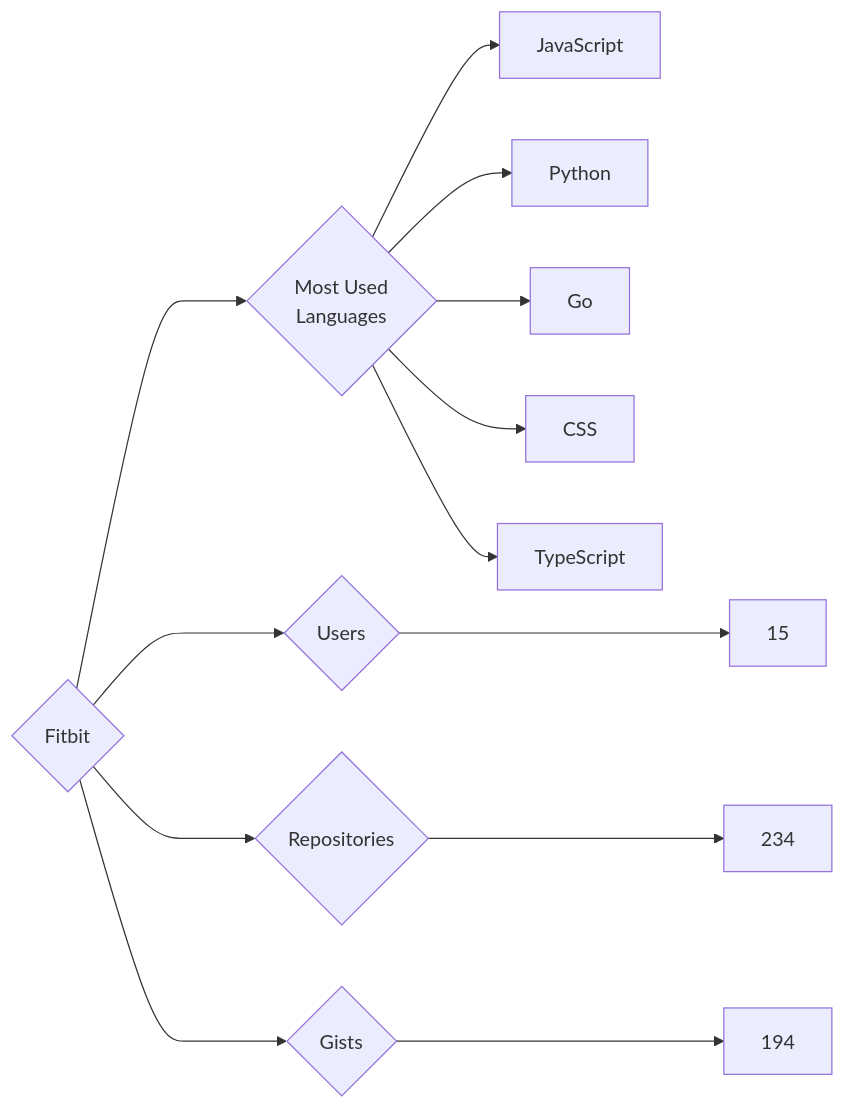
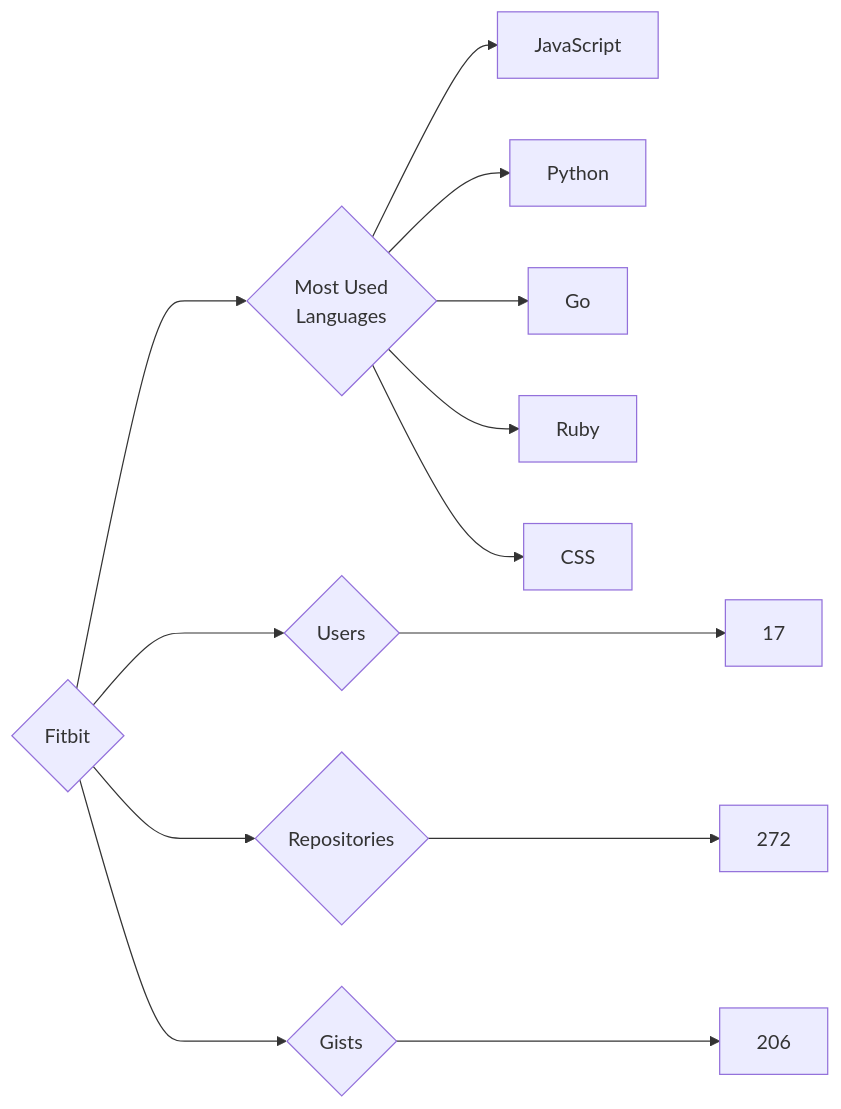
The diagram in targets/Fitbit/README.md (trickest/insiders), drawn with Mermaid before and after one commit. The commit also changed 925 other files, not shown here.

````diff
--- a/targets/Fitbit/README.md
+++ b/targets/Fitbit/README.md
@@ -3,13 +3,13 @@
 ```mermaid
 graph LR
 COMPANY_NAME{Fitbit}
-COMPANY_NAME ---> U{Users} ---> UN[15]
-COMPANY_NAME ---> R{Repositories} ---> RN[234]
-COMPANY_NAME ---> G{Gists} ---> GN[194]
+COMPANY_NAME ---> U{Users} ---> UN[17]
+COMPANY_NAME ---> R{Repositories} ---> RN[272]
+COMPANY_NAME ---> G{Gists} ---> GN[206]
 COMPANY_NAME ---> ML{Most Used<br>Languages}
 ML --> JavaScript[JavaScript]
 ML --> Python[Python]
 ML --> Go[Go]
+ML --> Ruby[Ruby]
 ML --> CSS[CSS]
-ML --> TypeScript[TypeScript]
 ```
````
